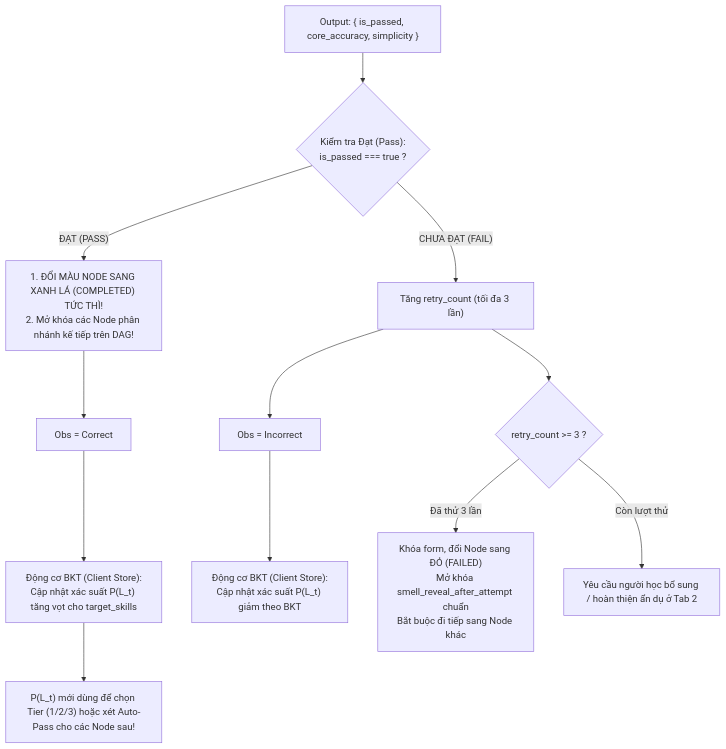
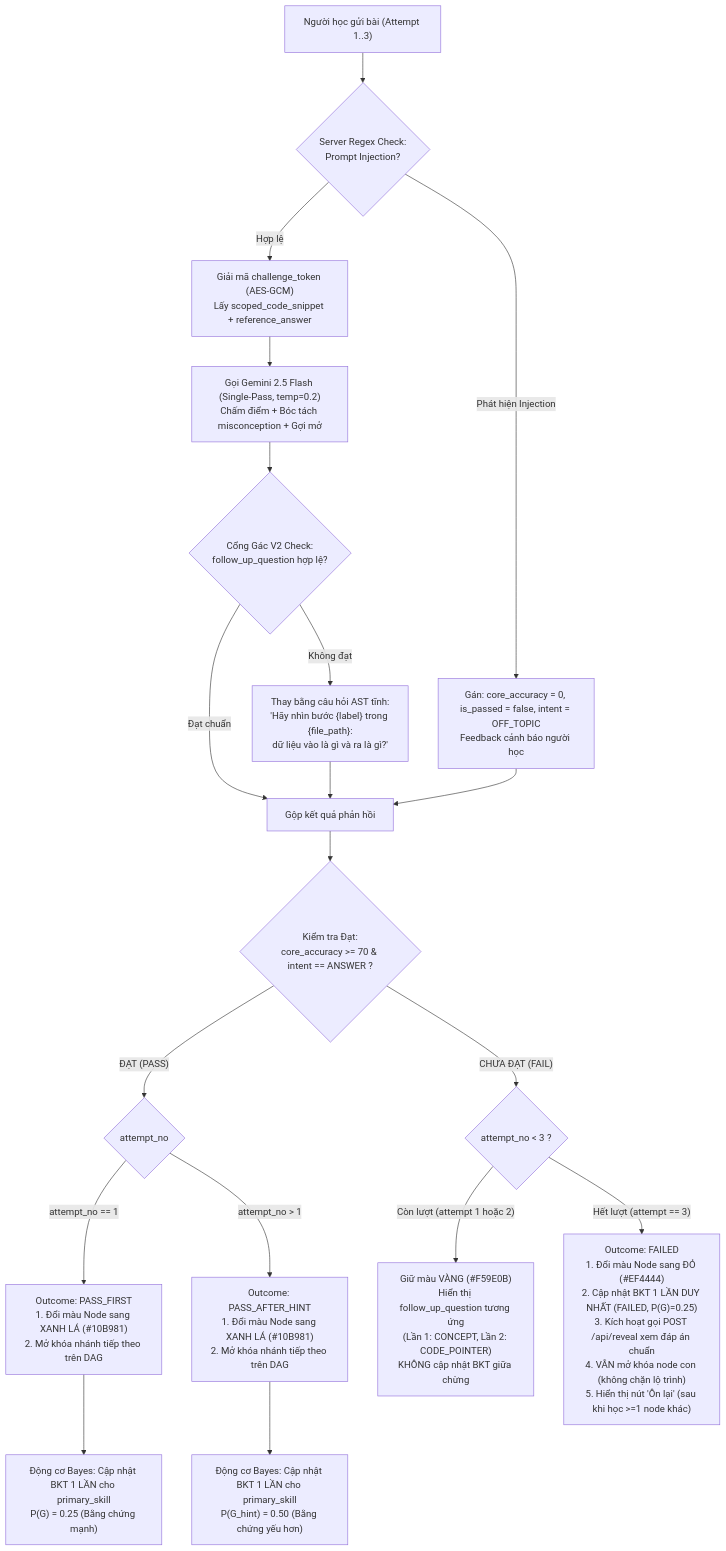
Before and after one commit to huynhthanhnhannnh-pixel/Hackathon_SGU: the second of 2 diagrams in 02_AI_VA_BAYES/01_LLM_PIPELINE_GUARDRAIL.md, drawn with Mermaid. The commit also changed other lines of this file and 1 other file, not shown here.

Commit message:
commit để pull code l1

````diff
--- a/02_AI_VA_BAYES/01_LLM_PIPELINE_GUARDRAIL.md
+++ b/02_AI_VA_BAYES/01_LLM_PIPELINE_GUARDRAIL.md
@@ -329,16 +526,27 @@
 ```mermaid
 flowchart TD
-    AIOut["Output: { is_passed, core_accuracy, simplicity }"] --> CheckPass{"Kiểm tra Đạt (Pass):<br/>is_passed === true ?"}
+    Submit["Người học gửi bài (Attempt 1..3)"] --> ServerCheck{"Server Regex Check:<br/>Prompt Injection?"}
     
-    CheckPass -- "ĐẠT (PASS)" --> PassAction["1. ĐỔI MÀU NODE SANG XANH LÁ (COMPLETED) TỨC THÌ!<br/>2. Mở khóa các Node phân nhánh kế tiếp trên DAG!"]
-    PassAction --> ObsCorrect["Obs = Correct"]
-    ObsCorrect --> BKT["Động cơ BKT (Client Store):<br/>Cập nhật xác suất P(L_t) tăng vọt cho target_skills"]
-    BKT --> ReadyNext["P(L_t) mới dùng để chọn Tier (1/2/3) hoặc xét Auto-Pass cho các Node sau!"]
+    ServerCheck -- "Phát hiện Injection" --> RejectInj["Gán: core_accuracy = 0, is_passed = false, intent = OFF_TOPIC<br/>Feedback cảnh báo người học"]
+    ServerCheck -- "Hợp lệ" --> Decrypt["Giải mã challenge_token (AES-GCM)<br/>Lấy scoped_code_snippet + reference_answer"]
+    
+    Decrypt --> LLMCall["Gọi Gemini 2.5 Flash (Single-Pass, temp=0.2)<br/>Chấm điểm + Bóc tách misconception + Gợi mở"]
+    LLMCall --> GateCheck{"Cổng Gác V2 Check:<br/>follow_up_question hợp lệ?"}
+    
+    GateCheck -- "Không đạt" --> FallbackQ["Thay bằng câu hỏi AST tĩnh:<br/>'Hãy nhìn bước {label} trong {file_path}:<br/>dữ liệu vào là gì và ra là gì?'"]
+    GateCheck -- "Đạt chuẩn" --> MergeResult["Gộp kết quả phản hồi"]
+    FallbackQ --> MergeResult
+    RejectInj --> MergeResult
 
-    CheckPass -- "CHƯA ĐẠT (FAIL)" --> FailAction["Tăng retry_count (tối đa 3 lần)"]
-    FailAction --> ObsIncorrect["Obs = Incorrect"]
-    ObsIncorrect --> BKTFail["Động cơ BKT (Client Store):<br/>Cập nhật xác suất P(L_t) giảm theo BKT"]
-    FailAction --> CheckRetry{"retry_count >= 3 ?"}
-    CheckRetry -- "Đã thử 3 lần" --> RedNode["Khóa form, đổi Node sang ĐỎ (FAILED)<br/>Mở khóa smell_reveal_after_attempt chuẩn<br/>Bắt buộc đi tiếp sang Node khác"]
-    CheckRetry -- "Còn lượt thử" --> RetryUI["Yêu cầu người học bổ sung / hoàn thiện ẩn dụ ở Tab 2"]
+    MergeResult --> FinalCheck{"Kiểm tra Đạt:<br/>core_accuracy >= 70 & intent == ANSWER ?"}
+    
+    FinalCheck -- "ĐẠT (PASS)" --> PassBranch{"attempt_no"}
+    PassBranch -- "attempt_no == 1" --> GreenFirst["Outcome: PASS_FIRST<br/>1. Đổi màu Node sang XANH LÁ (#10B981)<br/>2. Mở khóa nhánh tiếp theo trên DAG"]
+    PassBranch -- "attempt_no > 1" --> GreenHint["Outcome: PASS_AFTER_HINT<br/>1. Đổi màu Node sang XANH LÁ (#10B981)<br/>2. Mở khóa nhánh tiếp theo trên DAG"]
+    GreenFirst --> BKT1["Động cơ Bayes: Cập nhật BKT 1 LẦN cho primary_skill<br/>P(G) = 0.25 (Bằng chứng mạnh)"]
+    GreenHint --> BKT2["Động cơ Bayes: Cập nhật BKT 1 LẦN cho primary_skill<br/>P(G_hint) = 0.50 (Bằng chứng yếu hơn)"]
+
+    FinalCheck -- "CHƯA ĐẠT (FAIL)" --> FailBranch{"attempt_no < 3 ?"}
+    FailBranch -- "Còn lượt (attempt 1 hoặc 2)" --> HintStep["Giữ màu VÀNG (#F59E0B)<br/>Hiển thị follow_up_question tương ứng<br/>(Lần 1: CONCEPT, Lần 2: CODE_POINTER)<br/>KHÔNG cập nhật BKT giữa chừng"]
+    FailBranch -- "Hết lượt (attempt == 3)" --> RedStep["Outcome: FAILED<br/>1. Đổi màu Node sang ĐỎ (#EF4444)<br/>2. Cập nhật BKT 1 LẦN DUY NHẤT (FAILED, P(G)=0.25)<br/>3. Kích hoạt gọi POST /api/reveal xem đáp án chuẩn<br/>4. VẪN mở khóa node con (không chặn lộ trình)<br/>5. Hiển thị nút 'Ôn lại' (sau khi học >=1 node khác)"]
 ```
````
